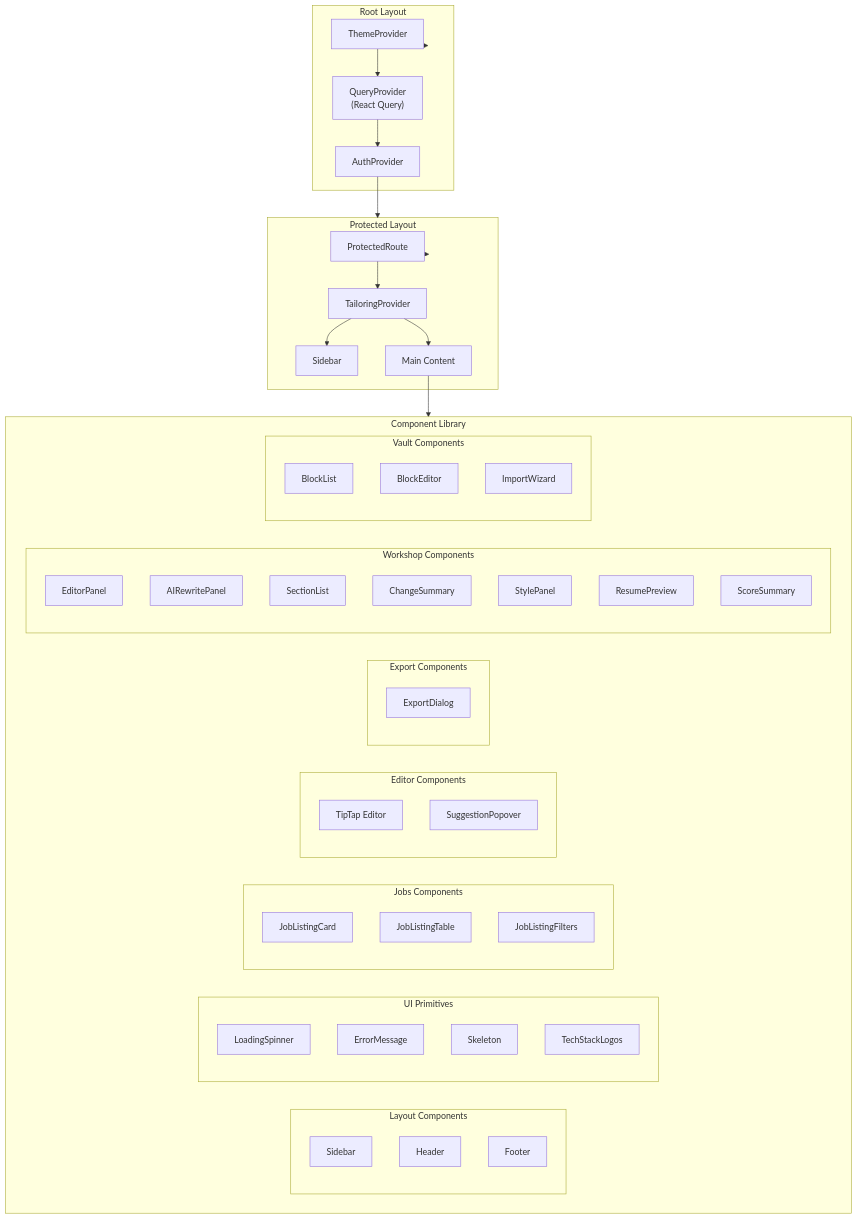
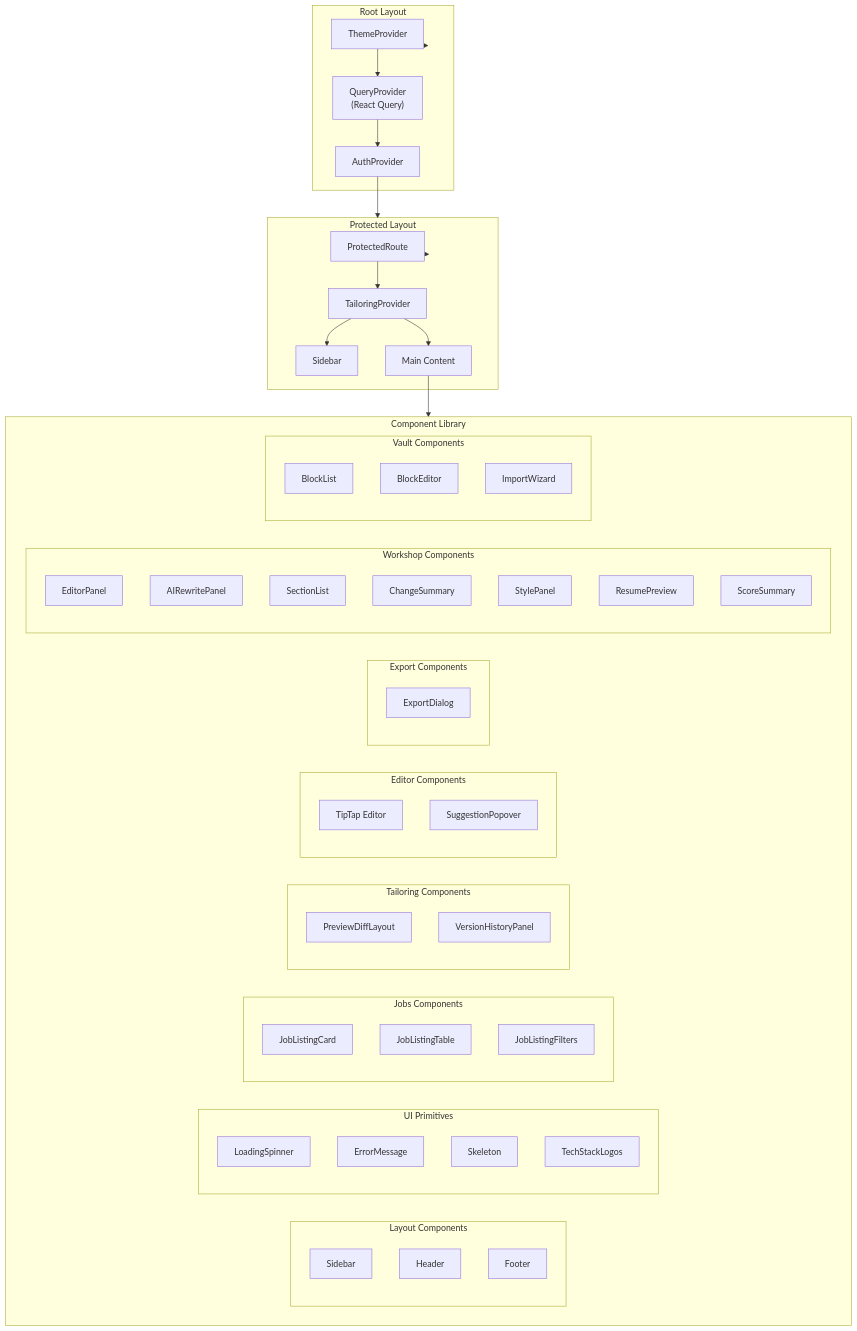
One commit to Sungchunn/AI-Resume-Tailor changed diagram 19 of 33 in docs/architecture/system-architecture.md. Above: the diagram before and after it, drawn with Mermaid. The commit also changed other lines of this file, not shown here.

First line of the commit message:
docs: update system architecture with webhook integration and schema corrections

````diff
--- a/docs/architecture/system-architecture.md
+++ b/docs/architecture/system-architecture.md
@@ -1192,68 +1252,73 @@
 ```mermaid
 flowchart TB
     subgraph Root["Root Layout"]
         ThemeProvider["ThemeProvider"]
         QueryProvider["QueryProvider<br/>(React Query)"]
         AuthProvider["AuthProvider"]
     end
 
     subgraph Protected["Protected Layout"]
         ProtectedRoute["ProtectedRoute"]
         TailoringProvider["TailoringProvider"]
         Sidebar["Sidebar"]
         MainContent["Main Content"]
     end
 
     subgraph Components["Component Library"]
         subgraph Layout["Layout Components"]
             L1["Sidebar"]
             L2["Header"]
             L3["Footer"]
         end
 
         subgraph UI["UI Primitives"]
             U1["LoadingSpinner"]
             U2["ErrorMessage"]
             U3["Skeleton"]
             U4["TechStackLogos"]
         end
 
         subgraph Jobs_C["Jobs Components"]
             J1["JobListingCard"]
             J2["JobListingTable"]
             J3["JobListingFilters"]
         end
 
+        subgraph Tailoring_C["Tailoring Components"]
+            T1["PreviewDiffLayout"]
+            T2["VersionHistoryPanel"]
+        end
+
         subgraph Editor_C["Editor Components"]
             E1["TipTap Editor"]
             E2["SuggestionPopover"]
         end
 
         subgraph Export_C["Export Components"]
             X1["ExportDialog"]
         end
 
         subgraph Workshop_C["Workshop Components"]
             W1["EditorPanel"]
             W2["AIRewritePanel"]
             W3["SectionList"]
             W4["ChangeSummary"]
             W5["StylePanel"]
             W6["ResumePreview"]
             W7["ScoreSummary"]
         end
 
         subgraph Vault_C["Vault Components"]
             V1["BlockList"]
             V2["BlockEditor"]
             V3["ImportWizard"]
         end
     end
 
     Root --> ThemeProvider --> QueryProvider --> AuthProvider
     AuthProvider --> Protected
     Protected --> ProtectedRoute --> TailoringProvider
     TailoringProvider --> Sidebar
     TailoringProvider --> MainContent
     MainContent --> Components
 ```
````
